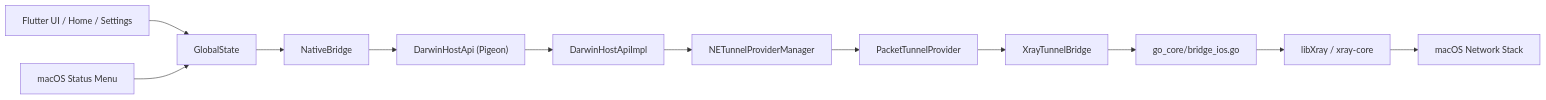
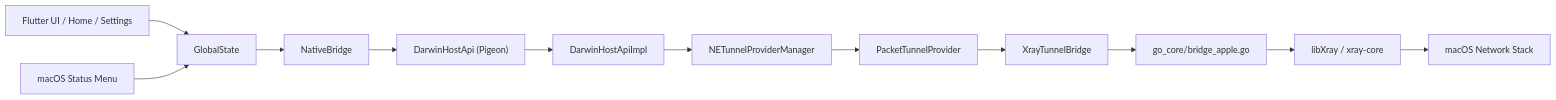
Before and after one commit to ai-workspace-xstream/xconnect-app: the first of 2 diagrams in docs/macos-packet-tunnel-implementation.md, drawn with Mermaid. The commit also changed other lines of this file and 11 other files, not shown here.

````diff
--- a/docs/macos-packet-tunnel-implementation.md
+++ b/docs/macos-packet-tunnel-implementation.md
@@ -27,20 +27,20 @@
 ```mermaid
 flowchart LR
   UI["Flutter UI / Home / Settings"]
   MENU["macOS Status Menu"]
   STATE["GlobalState"]
   NB["NativeBridge"]
   PIGEON["DarwinHostApi (Pigeon)"]
   HOST["DarwinHostApiImpl"]
   MANAGER["NETunnelProviderManager"]
   PROVIDER["PacketTunnelProvider"]
   BRIDGE["XrayTunnelBridge"]
-  GO["go_core/bridge_ios.go"]
+  GO["go_core/bridge_apple.go"]
   LIBXRAY["libXray / xray-core"]
   OS["macOS Network Stack"]
 
   UI --> STATE
   MENU --> STATE
   STATE --> NB
   NB --> PIGEON --> HOST --> MANAGER --> PROVIDER --> BRIDGE --> GO --> LIBXRAY --> OS
 ```
````
